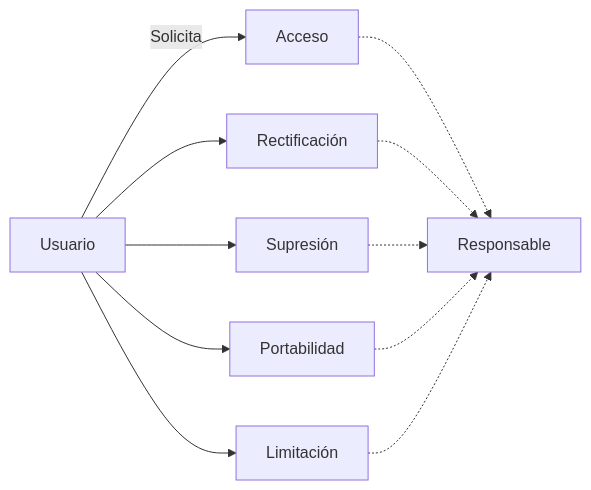
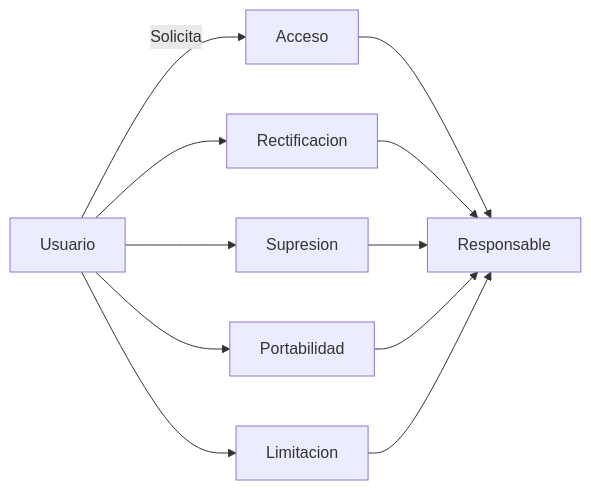
The eighth of 39 diagrams in README.md (LorenaLResusta/Digitalizacion), drawn with Mermaid before and after one commit. The commit also changed other lines of this file, not shown here.

First line of the commit message:
Add global mind map and update flowcharts

````diff
--- a/README.md
+++ b/README.md
@@ -262,13 +271,13 @@
 ```mermaid
-graph LR
+flowchart LR
   U[Usuario] -->|Solicita| Acceso
-  U --> Rectificacion[Rectificación]
-  U --> Supresion[Supresión]
+  U --> Rectificacion[Rectificacion]
+  U --> Supresion[Supresion]
   U --> Portabilidad
-  U --> Limitacion[Limitación]
-  Acceso -.-> R[Responsable]
-  Rectificacion -.-> R
-  Supresion -.-> R
-  Portabilidad -.-> R
-  Limitacion -.-> R
+  U --> Limitacion[Limitacion]
+  Acceso --> R[Responsable]
+  Rectificacion --> R
+  Supresion --> R
+  Portabilidad --> R
+  Limitacion --> R
 ```
````
